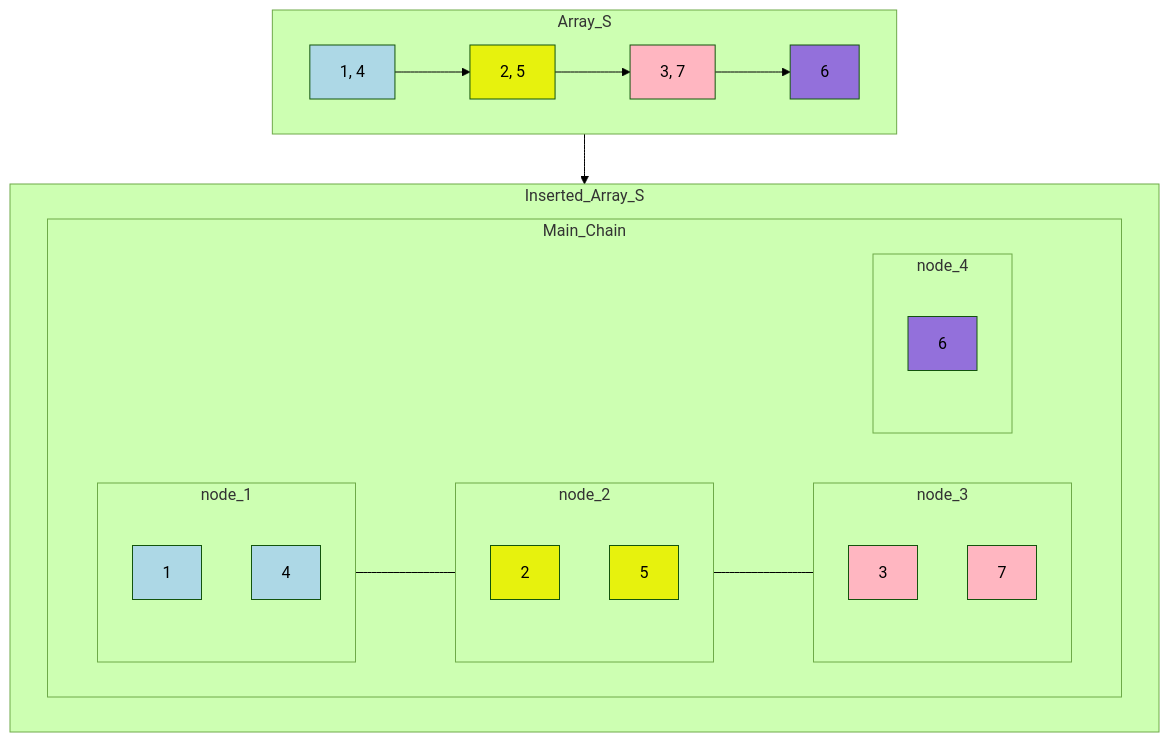
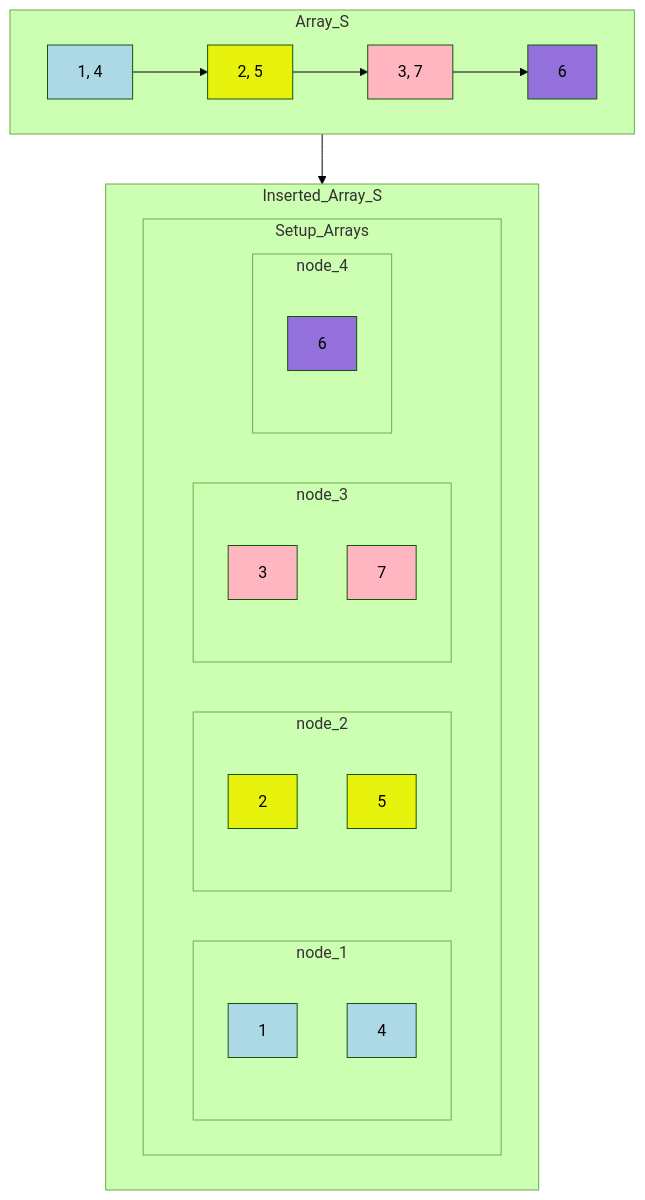
One commit to Tablerase/42_Projects changed the fourth of 5 diagrams in Projects/CPP_Modules/cpp-exercices.md. Above: the diagram before and after it, drawn with Mermaid (forest theme). The commit also changed other lines of this file, not shown here.

Commit message:
docs: rm wrong algo try, area of test diagram added

````diff
--- a/Projects/CPP_Modules/cpp-exercices.md
+++ b/Projects/CPP_Modules/cpp-exercices.md
@@ -259,47 +281,46 @@
 ```mermaid
 graph TD
   classDef yellow fill:#e7f20d;
   classDef orange fill:#f2a00d;
   classDef lightcoral fill:LightCoral;
   classDef lightpink fill:LightPink;
   classDef lightgreen fill:LightGreen;
   classDef lightblue fill:LightBlue;
   classDef mediumpurple fill:MediumPurple;
   
   subgraph Array_S
     direction LR
     Sorted3'''''["1, 4"]:::lightblue
     Sorted1'''''["2, 5"]:::yellow
     Sorted2'''''["3, 7"]:::lightpink
     Sorted4'''''["6"]:::mediumpurple
     Sorted3''''' --> Sorted1''''' --> Sorted2''''' --> Sorted4'''''
   end
 
   Array_S --> Inserted_Array_S
   subgraph Inserted_Array_S
     direction LR
-    subgraph Main_Chain
+    subgraph Setup_Arrays
       direction LR
       subgraph node_1
         direction TB
         element_1["1"]:::lightblue
         element_4["4"]:::lightblue
       end
       subgraph node_2
         direction TB
         element_2["2"]:::yellow
         element_5["5"]:::yellow
       end
       subgraph node_3
         direction TB
         element_3["3"]:::lightpink
         element_7["7"]:::lightpink
       end
       subgraph node_4
         direction TB
         element_6["6"]:::mediumpurple
       end
-      element_1 --- element_2 --- element_3
     end
   end
 ```
````
